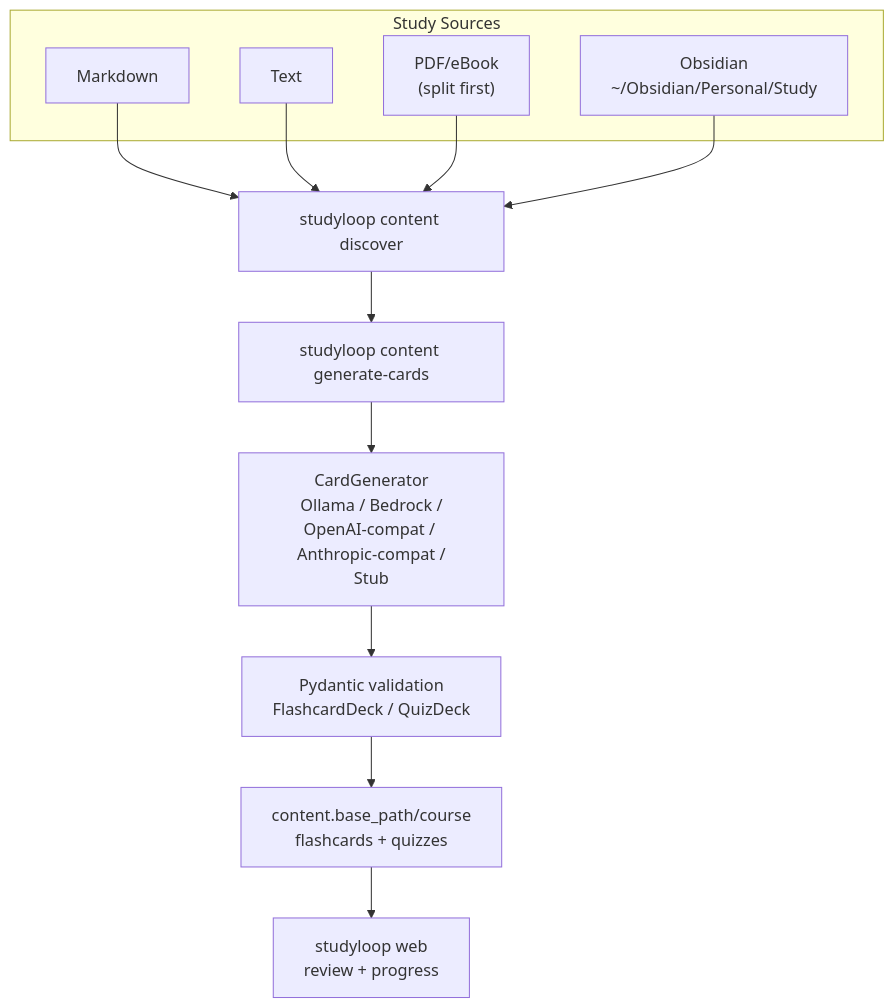
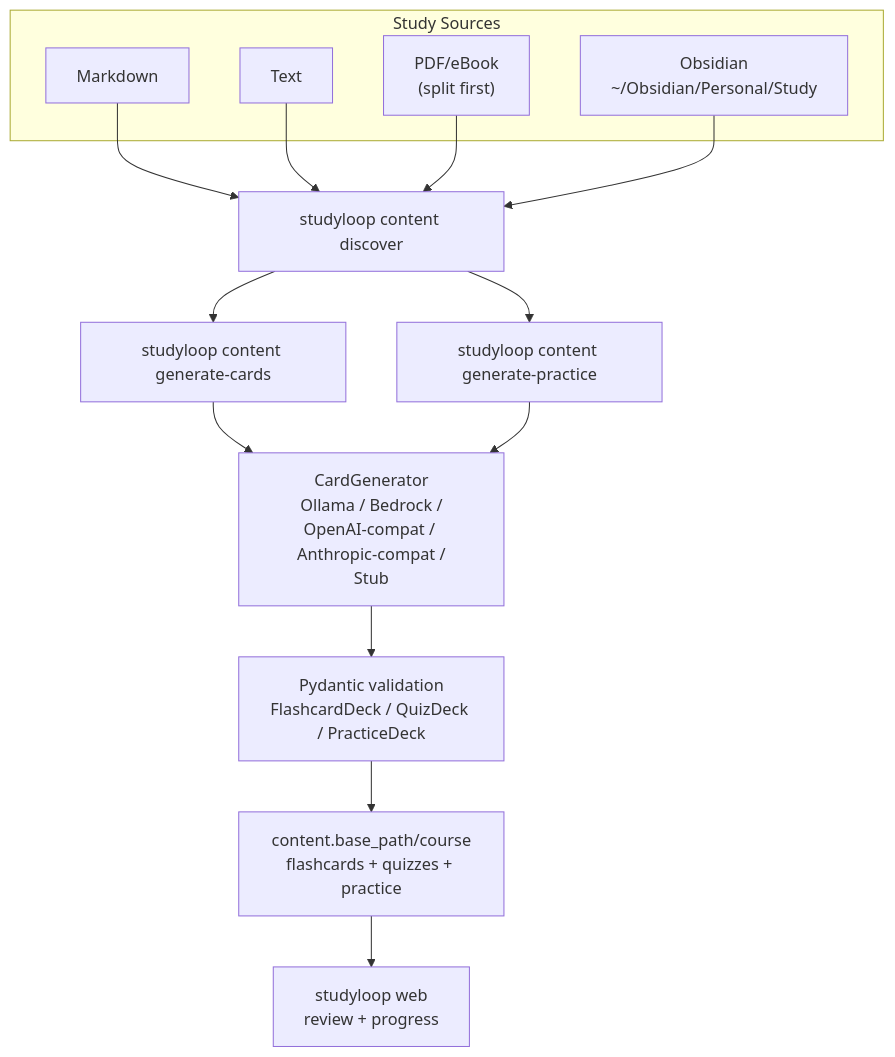
The first of 3 diagrams in docs/content-pipeline.md (NetDevAutomate/StudyLoop), drawn with Mermaid before and after one commit. The commit also changed other lines of this file and 41 other files, not shown here.

````diff
--- a/docs/content-pipeline.md
+++ b/docs/content-pipeline.md
@@ -16,26 +17,29 @@
 ```mermaid
 flowchart TB
     subgraph Sources["Study Sources"]
         MD["Markdown"]
         TXT["Text"]
         PDF["PDF/eBook<br/>(split first)"]
         OBS["Obsidian<br/>~/Obsidian/Personal/Study"]
     end
 
     Discover["studyloop content discover"]
     Generate["studyloop content generate-cards"]
+    Practice["studyloop content generate-practice"]
     Backend["CardGenerator<br/>Ollama / Bedrock /<br/>OpenAI-compat / Anthropic-compat /<br/>Stub"]
-    Validate["Pydantic validation<br/>FlashcardDeck / QuizDeck"]
-    Artefacts["content.base_path/course<br/>flashcards + quizzes"]
+    Validate["Pydantic validation<br/>FlashcardDeck / QuizDeck / PracticeDeck"]
+    Artefacts["content.base_path/course<br/>flashcards + quizzes + practice"]
     Web["studyloop web<br/>review + progress"]
 
     MD --> Discover
     TXT --> Discover
     PDF --> Discover
     OBS --> Discover
     Discover --> Generate
+    Discover --> Practice
     Generate --> Backend
+    Practice --> Backend
     Backend --> Validate
     Validate --> Artefacts
     Artefacts --> Web
 ```
````
